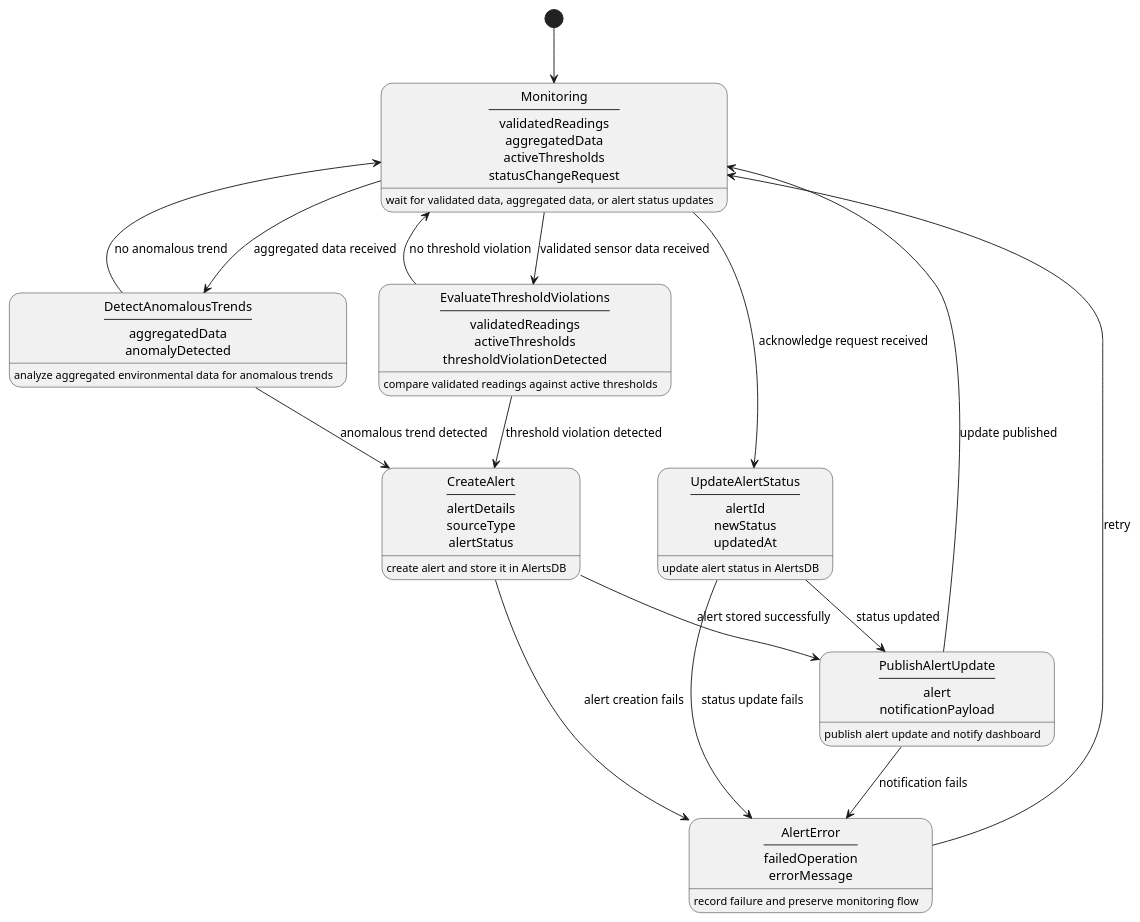
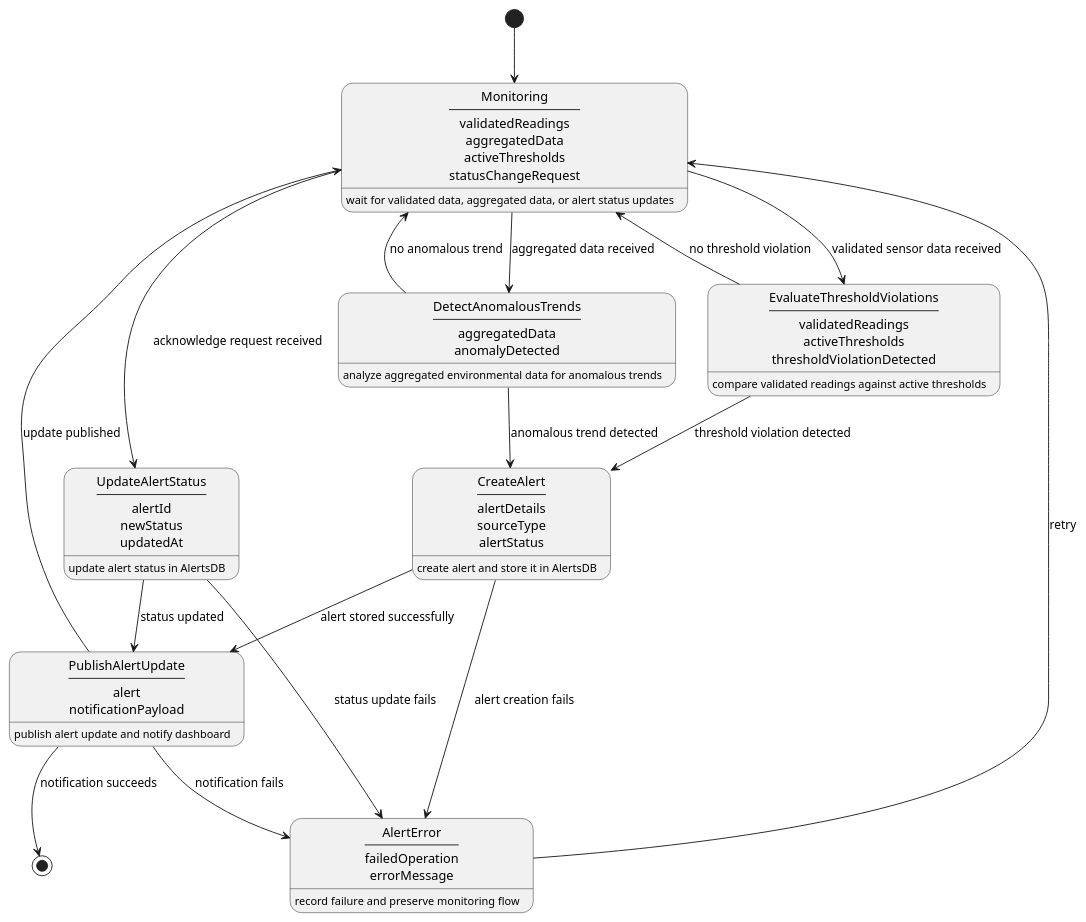
The diagram in docs/diagrams/plantuml/state/AlertsManagement_State.puml (harmanpreet-sagar/SFWRENG-3A04-Group6-T01), drawn with PlantUML before and after one commit.

```diff
--- a/docs/diagrams/plantuml/state/AlertsManagement_State.puml
+++ b/docs/diagrams/plantuml/state/AlertsManagement_State.puml
@@ -1,40 +1,41 @@
 @startuml AlertsManagement_StateChart
 hide empty description
 
 state "Monitoring\n----\nvalidatedReadings\naggregatedData\nactiveThresholds\nstatusChangeRequest" as Monitoring : wait for validated data, aggregated data, or alert status updates
 
 state "EvaluateThresholdViolations\n----\nvalidatedReadings\nactiveThresholds\nthresholdViolationDetected" as EvaluateThresholdViolations : compare validated readings against active thresholds
 
 state "DetectAnomalousTrends\n----\naggregatedData\nanomalyDetected" as DetectAnomalousTrends : analyze aggregated environmental data for anomalous trends
 
 state "CreateAlert\n----\nalertDetails\nsourceType\nalertStatus" as CreateAlert : create alert and store it in AlertsDB
 
 state "UpdateAlertStatus\n----\nalertId\nnewStatus\nupdatedAt" as UpdateAlertStatus : update alert status in AlertsDB
 
 state "PublishAlertUpdate\n----\nalert\nnotificationPayload" as PublishAlertUpdate : publish alert update and notify dashboard
 
 state "AlertError\n----\nfailedOperation\nerrorMessage" as AlertError : record failure and preserve monitoring flow
 
 [*] --> Monitoring
 
 Monitoring --> EvaluateThresholdViolations : validated sensor data received
 EvaluateThresholdViolations --> CreateAlert : threshold violation detected
 EvaluateThresholdViolations --> Monitoring : no threshold violation
 
 Monitoring --> DetectAnomalousTrends : aggregated data received
 DetectAnomalousTrends --> CreateAlert : anomalous trend detected
 DetectAnomalousTrends --> Monitoring : no anomalous trend
 
 CreateAlert --> PublishAlertUpdate : alert stored successfully
 CreateAlert --> AlertError : alert creation fails
 
 Monitoring --> UpdateAlertStatus : acknowledge request received
 UpdateAlertStatus --> PublishAlertUpdate : status updated
 UpdateAlertStatus --> AlertError : status update fails
 
 PublishAlertUpdate --> Monitoring : update published
 PublishAlertUpdate --> AlertError : notification fails
+PublishAlertUpdate--> [*] : notification succeeds
 
 AlertError --> Monitoring : retry
 
 @enduml
```
